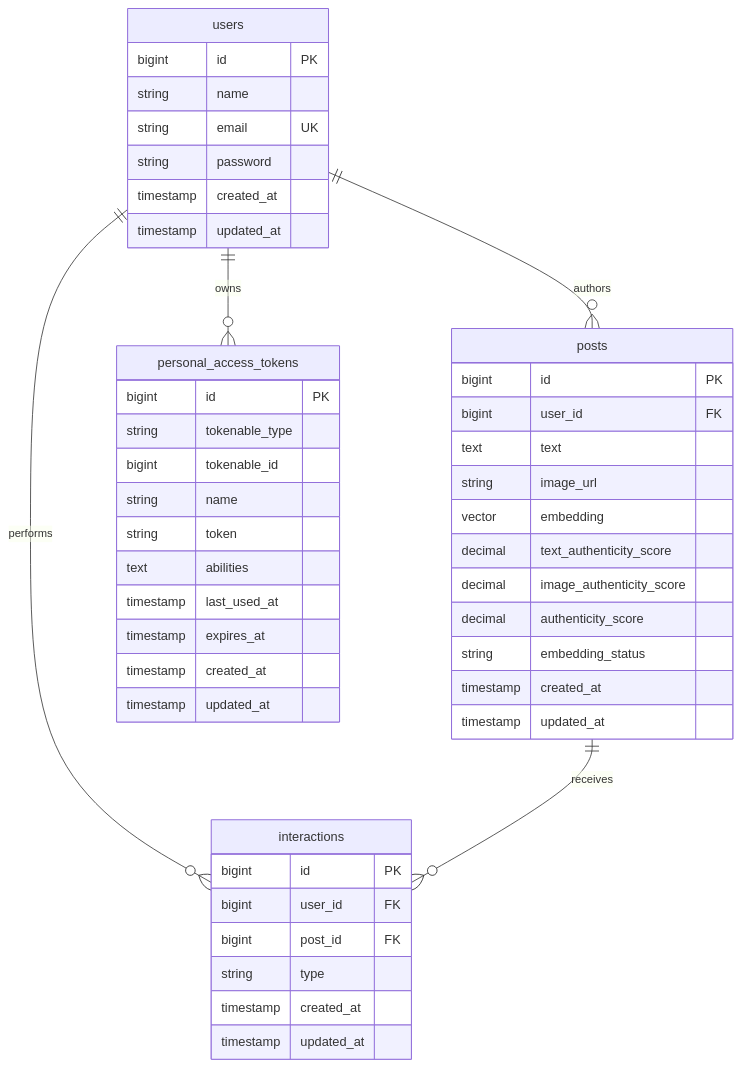
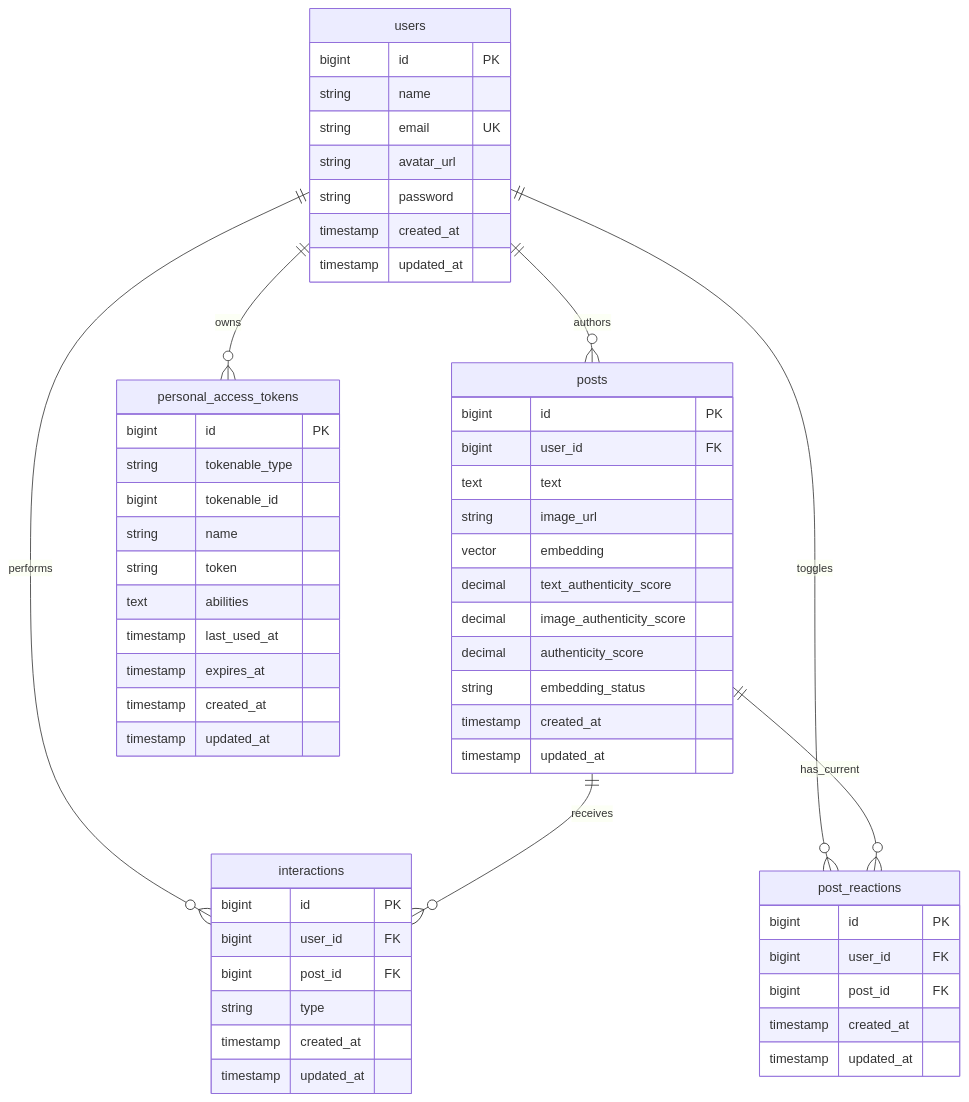
One commit to AbhinavSivanandhan/GuisedUpAssignment changed the sixth of 6 diagrams in docs/architecture.md. Above: the diagram before and after it, drawn with Mermaid. The commit also changed other lines of this file and 177 other files, not shown here.

````diff
--- a/docs/architecture.md
+++ b/docs/architecture.md
@@ -89,52 +96,63 @@
 ```mermaid
 erDiagram
   users ||--o{ posts : authors
   users ||--o{ interactions : performs
+  users ||--o{ post_reactions : toggles
   users ||--o{ personal_access_tokens : owns
   posts ||--o{ interactions : receives
+  posts ||--o{ post_reactions : has_current
 
   users {
     bigint id PK
     string name
     string email UK
+    string avatar_url
     string password
     timestamp created_at
     timestamp updated_at
   }
 
   personal_access_tokens {
     bigint id PK
     string tokenable_type
     bigint tokenable_id
     string name
     string token
     text abilities
     timestamp last_used_at
     timestamp expires_at
     timestamp created_at
     timestamp updated_at
   }
 
   posts {
     bigint id PK
     bigint user_id FK
     text text
     string image_url
     vector embedding
     decimal text_authenticity_score
     decimal image_authenticity_score
     decimal authenticity_score
     string embedding_status
     timestamp created_at
     timestamp updated_at
   }
 
   interactions {
     bigint id PK
     bigint user_id FK
     bigint post_id FK
     string type
     timestamp created_at
     timestamp updated_at
   }
+
+  post_reactions {
+    bigint id PK
+    bigint user_id FK
+    bigint post_id FK
+    timestamp created_at
+    timestamp updated_at
+  }
 ```
````
